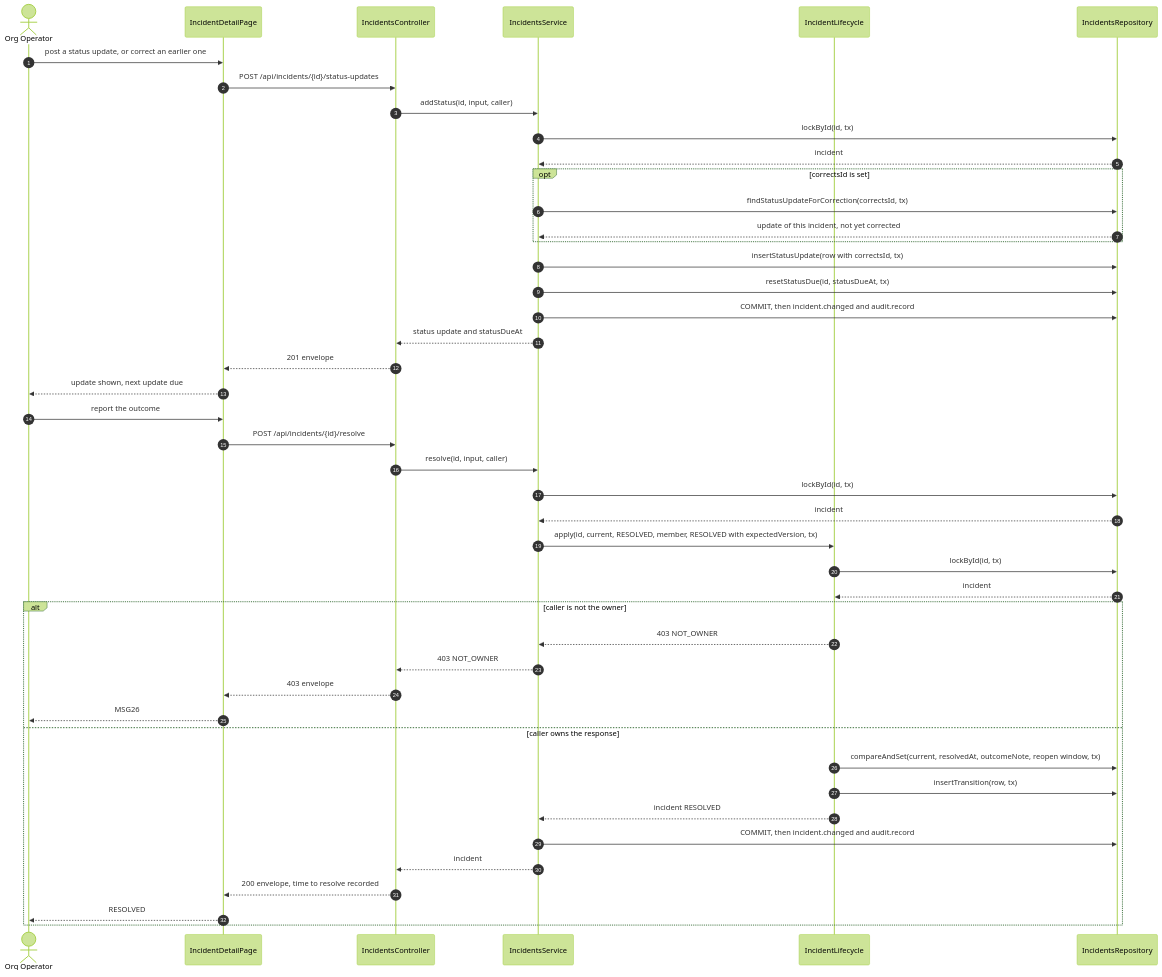
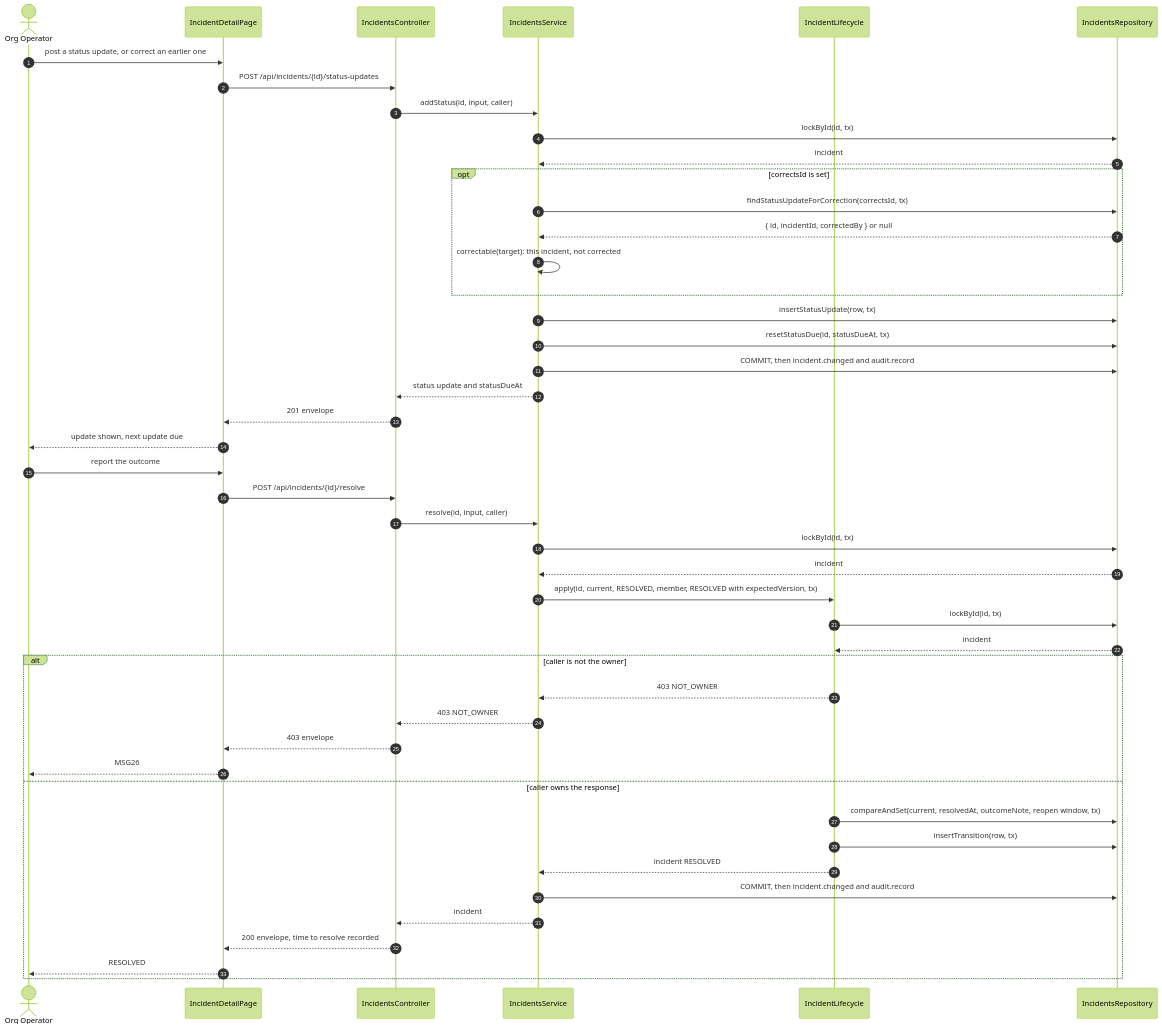
One commit to TrekLink-Team/treklink-web changed the ninth of 10 diagrams in specs/incidents/design.md. Above: the diagram before and after it, drawn with Mermaid (forest theme). The commit also changed other lines of this file, not shown here.

````diff
--- a/specs/incidents/design.md
+++ b/specs/incidents/design.md
@@ -543,47 +543,48 @@
 ```mermaid
 sequenceDiagram
     autonumber
     actor Op as Org Operator
     participant P as IncidentDetailPage
     participant C as IncidentsController
     participant S as IncidentsService
     participant L as IncidentLifecycle
     participant R as IncidentsRepository
     Op->>P: post a status update, or correct an earlier one
     P->>C: POST /api/incidents/{id}/status-updates
     C->>S: addStatus(id, input, caller)
     S->>R: lockById(id, tx)
     R-->>S: incident
     opt correctsId is set
         S->>R: findStatusUpdateForCorrection(correctsId, tx)
-        R-->>S: update of this incident, not yet corrected
+        R-->>S: { id, incidentId, correctedBy } or null
+        S->>S: correctable(target): this incident, not corrected
     end
-    S->>R: insertStatusUpdate(row with correctsId, tx)
+    S->>R: insertStatusUpdate(row, tx)
     S->>R: resetStatusDue(id, statusDueAt, tx)
     S->>R: COMMIT, then incident.changed and audit.record
     S-->>C: status update and statusDueAt
     C-->>P: 201 envelope
     P-->>Op: update shown, next update due
     Op->>P: report the outcome
     P->>C: POST /api/incidents/{id}/resolve
     C->>S: resolve(id, input, caller)
     S->>R: lockById(id, tx)
     R-->>S: incident
     S->>L: apply(id, current, RESOLVED, member, RESOLVED with expectedVersion, tx)
     L->>R: lockById(id, tx)
     R-->>L: incident
     alt caller is not the owner
         L-->>S: 403 NOT_OWNER
         S-->>C: 403 NOT_OWNER
         C-->>P: 403 envelope
         P-->>Op: MSG26
     else caller owns the response
         L->>R: compareAndSet(current, resolvedAt, outcomeNote, reopen window, tx)
         L->>R: insertTransition(row, tx)
         L-->>S: incident RESOLVED
         S->>R: COMMIT, then incident.changed and audit.record
         S-->>C: incident
         C-->>P: 200 envelope, time to resolve recorded
         P-->>Op: RESOLVED
     end
 ```
````
